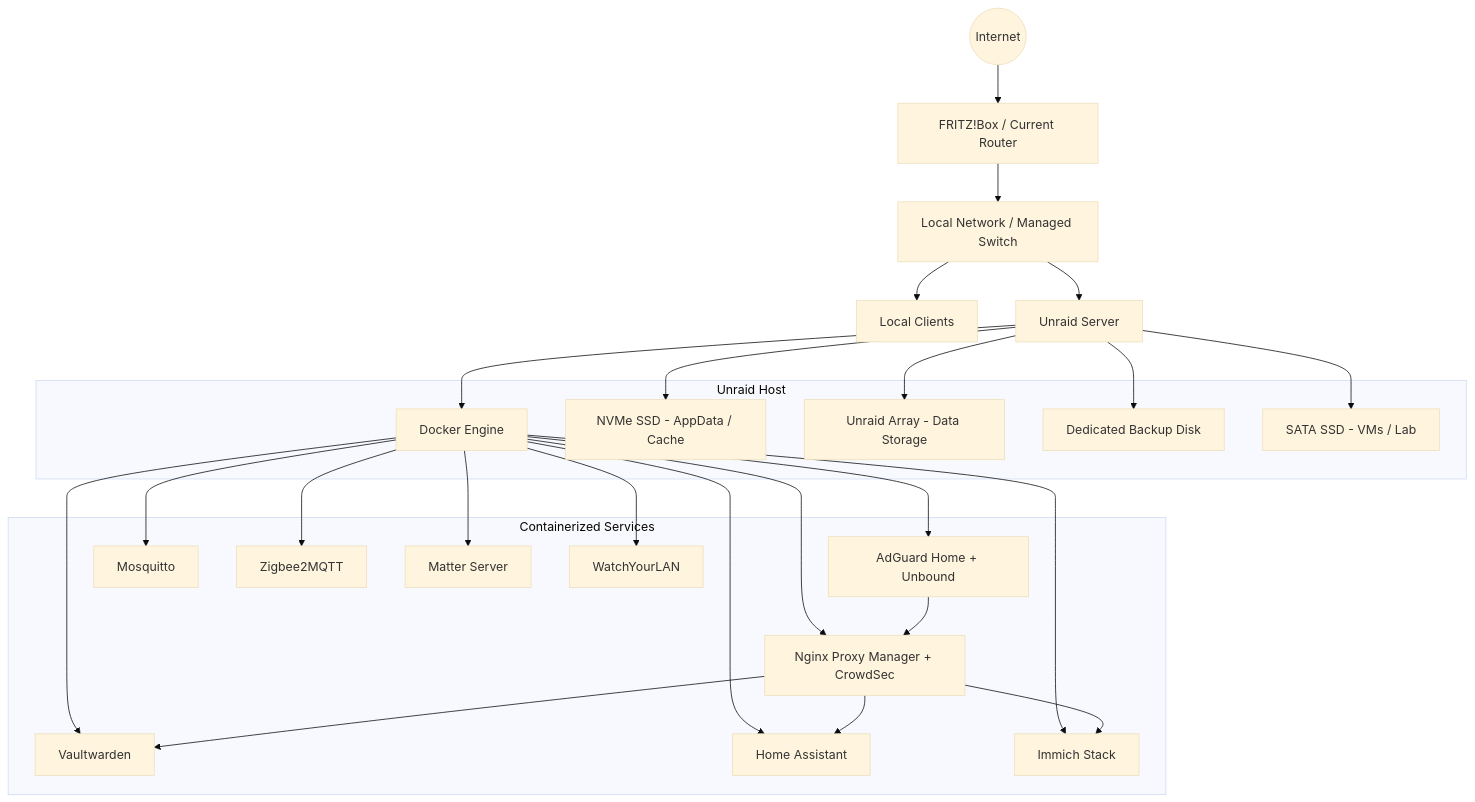
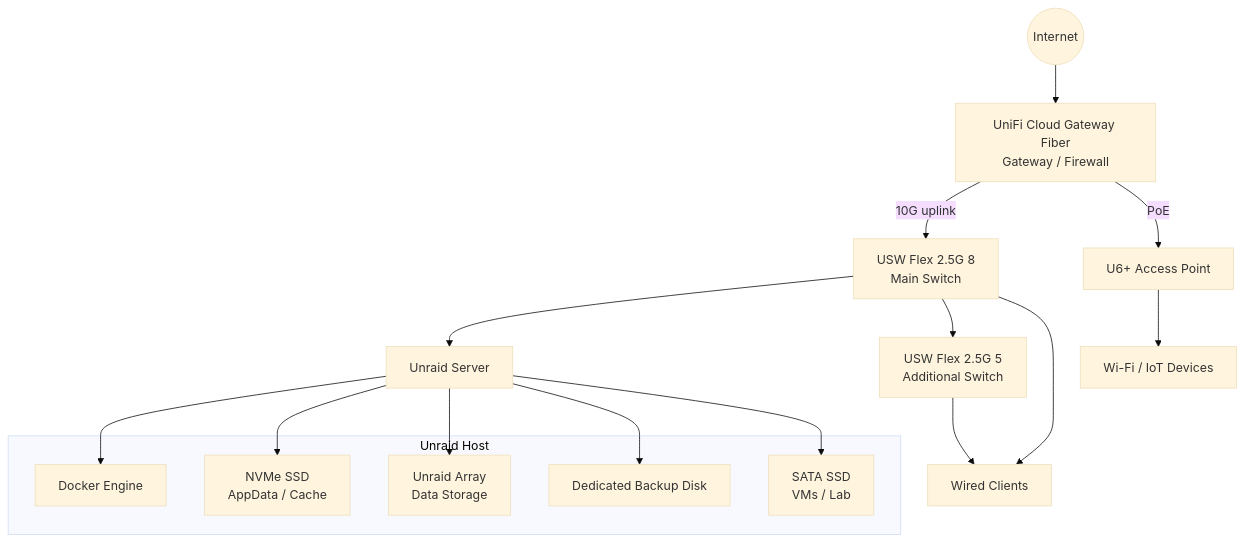
Before and after one commit to ThomasMann2001/HeimServer-Projekt: the first of 2 diagrams in docs/architecture.md, drawn with Mermaid (base theme). The commit also changed other lines of this file, not shown here.

First line of the commit message:
Revise architecture document for clarity and detail

````diff
--- a/docs/architecture.md
+++ b/docs/architecture.md
@@ -25,54 +25,34 @@
 ```mermaid
 flowchart TD
     Internet((Internet))
-    Fritzbox["FRITZ!Box / Current Router"]
-    Switch["Local Network / Managed Switch"]
-    Clients["Local Clients"]
+    UCG["UniFi Cloud Gateway Fiber<br>Gateway / Firewall"]
+    Flex8["USW Flex 2.5G 8<br>Main Switch"]
+    Flex5["USW Flex 2.5G 5<br>Additional Switch"]
+    AP["U6+ Access Point"]
     Unraid["Unraid Server"]
+    WiredClients["Wired Clients"]
+    WiFiClients["Wi-Fi / IoT Devices"]
 
-    Internet --> Fritzbox
-    Fritzbox --> Switch
-    Switch --> Clients
-    Switch --> Unraid
+    Internet --> UCG
+    UCG -->|"10G uplink"| Flex8
+    UCG -->|"PoE"| AP
+    Flex8 --> Unraid
+    Flex8 --> Flex5
+    Flex8 --> WiredClients
+    Flex5 --> WiredClients
+    AP --> WiFiClients
 
     subgraph UnraidHost["Unraid Host"]
         Docker["Docker Engine"]
-        Cache["NVMe SSD - AppData / Cache"]
-        ArrayStorage["Unraid Array - Data Storage"]
+        Cache["NVMe SSD<br>AppData / Cache"]
+        ArrayStorage["Unraid Array<br>Data Storage"]
         BackupDisk["Dedicated Backup Disk"]
-        LabSSD["SATA SSD - VMs / Lab"]
+        LabSSD["SATA SSD<br>VMs / Lab"]
     end
 
     Unraid --> Docker
     Unraid --> Cache
     Unraid --> ArrayStorage
     Unraid --> BackupDisk
     Unraid --> LabSSD
-
-    subgraph CoreServices["Containerized Services"]
-        DNS["AdGuard Home + Unbound"]
-        Proxy["Nginx Proxy Manager + CrowdSec"]
-        Vault["Vaultwarden"]
-        HomeAssistant["Home Assistant"]
-        MQTT["Mosquitto"]
-        Zigbee["Zigbee2MQTT"]
-        Matter["Matter Server"]
-        Immich["Immich Stack"]
-        Watch["WatchYourLAN"]
-    end
-
-    Docker --> DNS
-    Docker --> Proxy
-    Docker --> Vault
-    Docker --> HomeAssistant
-    Docker --> MQTT
-    Docker --> Zigbee
-    Docker --> Matter
-    Docker --> Immich
-    Docker --> Watch
-
-    DNS --> Proxy
-    Proxy --> Vault
-    Proxy --> HomeAssistant
-    Proxy --> Immich
 ```
````
